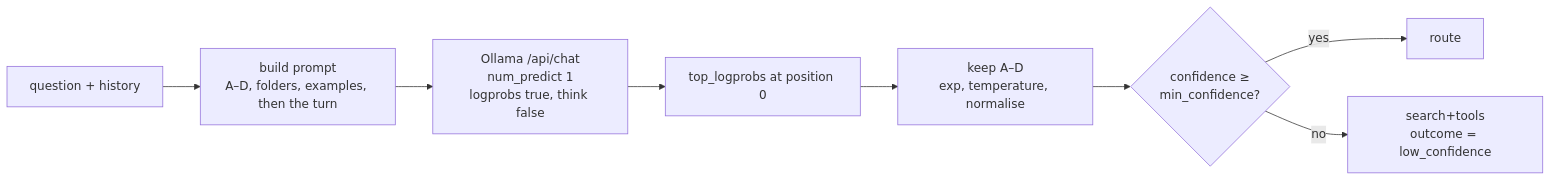
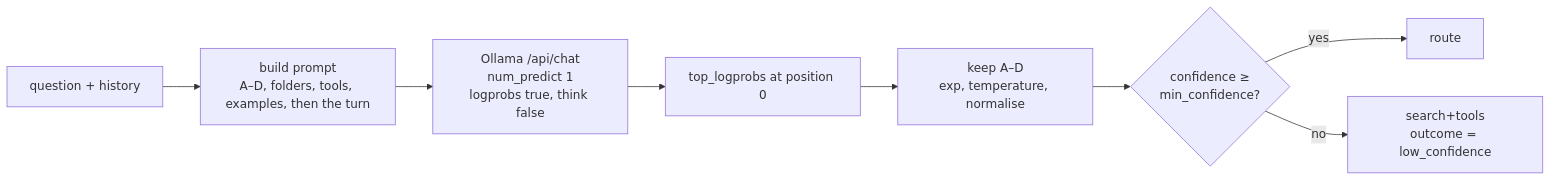
The diagram in docs/fast-router.md (aarora79/meru), drawn with Mermaid before and after one commit. The commit also changed other lines of this file and 19 other files, not shown here.

First line of the commit message:
Name connected tools in the router's prompt

````diff
--- a/docs/fast-router.md
+++ b/docs/fast-router.md
@@ -52,10 +53,10 @@
 ```mermaid
 flowchart LR
-    Q["question + history"] --> P["build prompt<br/>A–D, folders, examples, then the turn"]
+    Q["question + history"] --> P["build prompt<br/>A–D, folders, tools, examples, then the turn"]
     P --> O["Ollama /api/chat<br/>num_predict 1<br/>logprobs true, think false"]
     O --> T["top_logprobs at position 0"]
     T --> F["keep A–D<br/>exp, temperature, normalise"]
     F --> C{"confidence ≥<br/>min_confidence?"}
     C -- yes --> R["route"]
     C -- no --> FB["search+tools<br/>outcome = low_confidence"]
 ```
````
